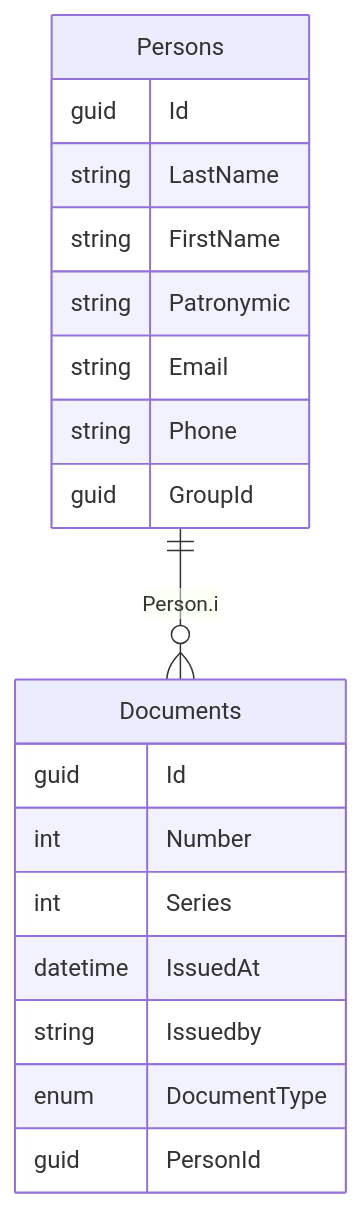
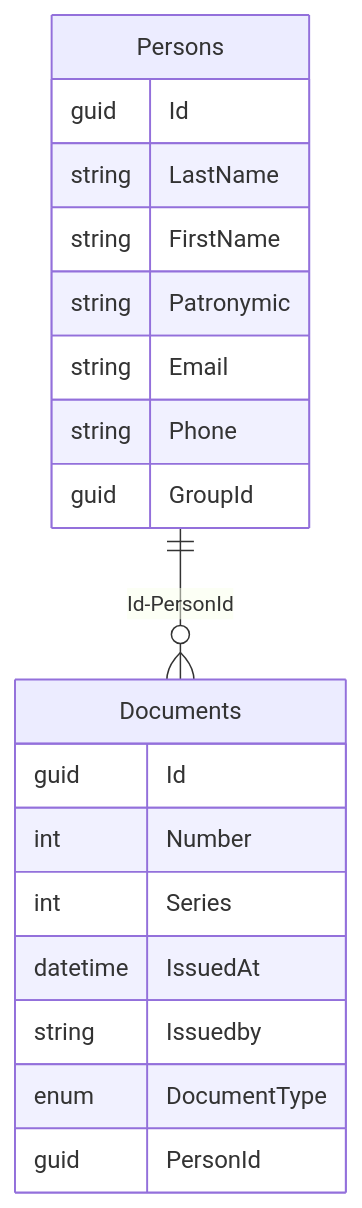
The diagram in README.md (SlavaNik16/Accessories_PC_Nik_Api), drawn with Mermaid before and after one commit.

````diff
--- a/README.md
+++ b/README.md
@@ -5,22 +5,22 @@
 ```mermaid
 erDiagram
     Persons {
         guid Id
         string LastName
         string FirstName
         string Patronymic
         string Email
         string Phone
         guid GroupId
     }
     Documents {
         guid Id
         int Number
         int Series
         datetime IssuedAt
         string Issuedby
         enum DocumentType
         guid PersonId
     }
-Persons ||--o{ Documents: Person.i
+Persons ||--o{ Documents: Id-PersonId
 ```
````
